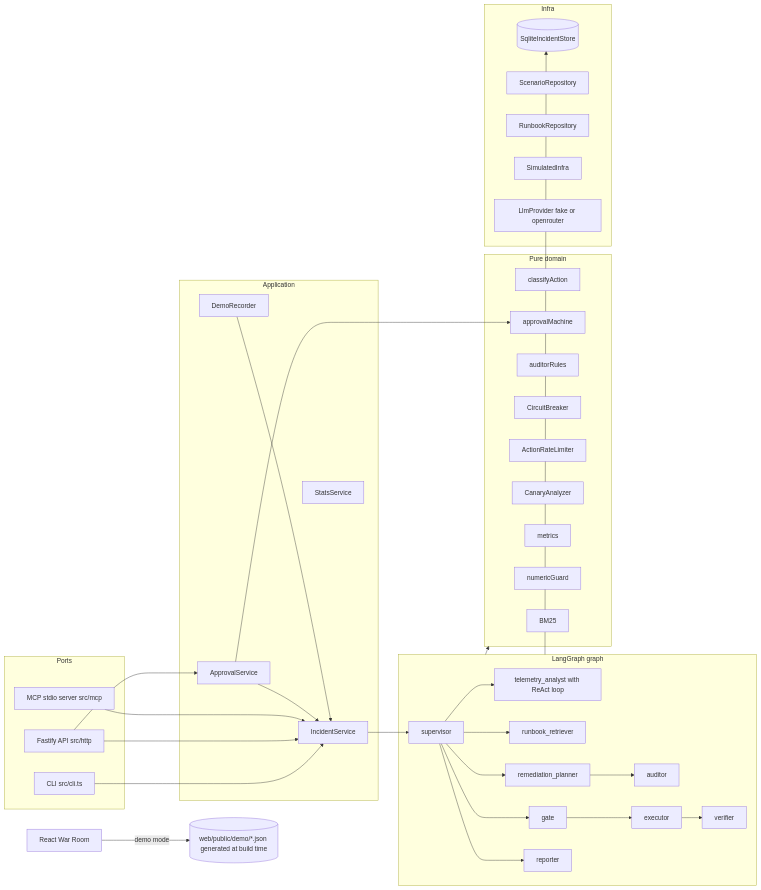
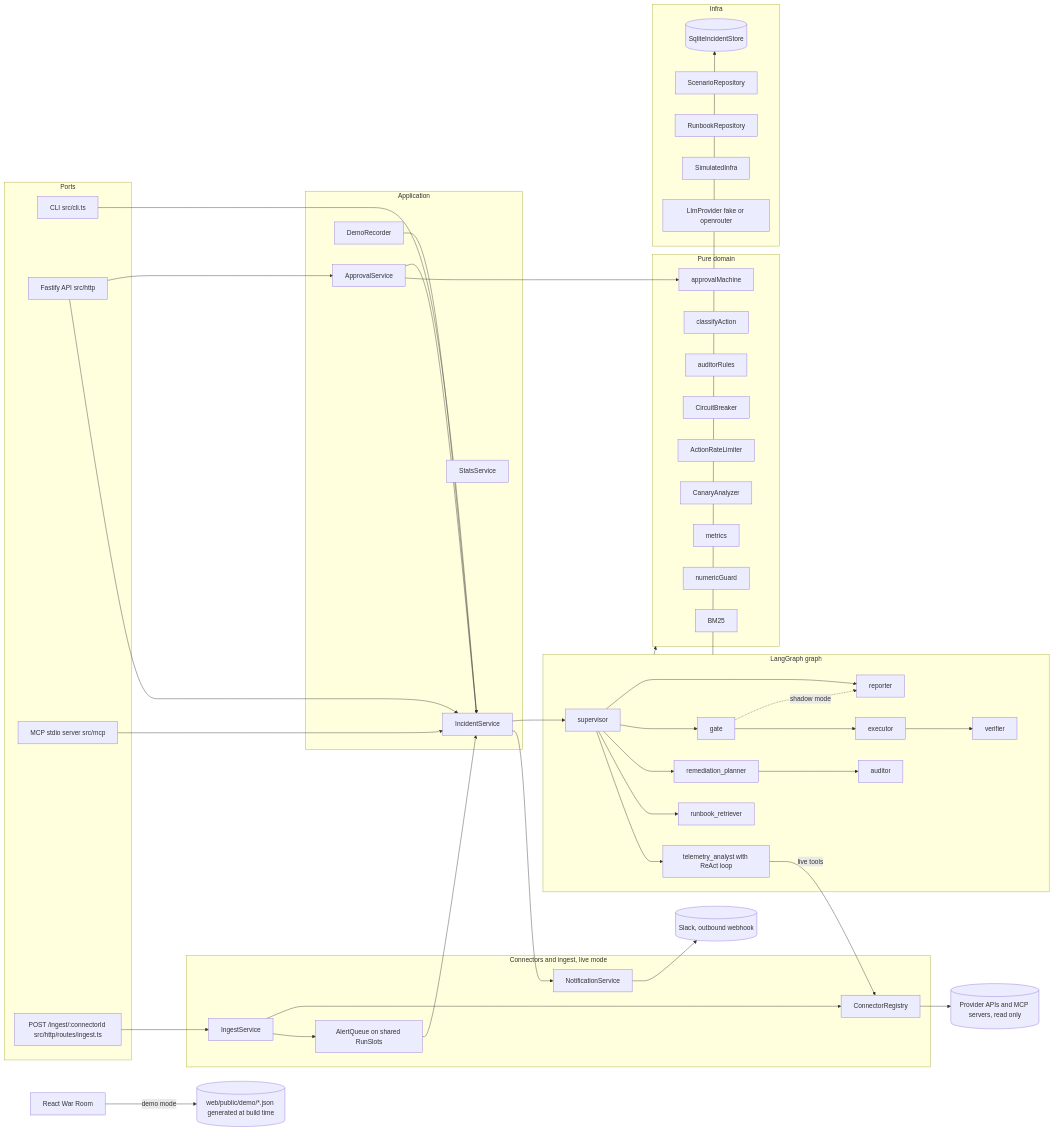
The first of 3 diagrams in docs/architecture.md (flaviorg/incident-copilot), drawn with Mermaid before and after one commit. The commit also changed other lines of this file and 226 other files, not shown here.

First line of the commit message:
Release 0.4.0: generic connectors (New Relic, Sentry, Bugsnag, Alertmanager, webhook, MCP) and live shadow mode (#3)

````diff
--- a/docs/architecture.md
+++ b/docs/architecture.md
@@ -16,51 +16,65 @@
 ```mermaid
 flowchart LR
   subgraph PORTAS [Ports]
     CLI["CLI src/cli.ts"]
     API["Fastify API src/http"]
     MCP["MCP stdio server src/mcp"]
+    ING["POST /ingest/:connectorId src/http/routes/ingest.ts"]
+  end
+  subgraph CONN [Connectors and ingest, live mode]
+    ISV[IngestService]
+    AQ[AlertQueue on shared RunSlots]
+    NS[NotificationService]
+    CR[ConnectorRegistry]
   end
   subgraph APP [Application]
     IS[IncidentService]
     AS[ApprovalService]
     SS[StatsService]
     DR[DemoRecorder]
   end
   subgraph GRAFO [LangGraph graph]
     SUP[supervisor] --> TEL[telemetry_analyst with ReAct loop]
     SUP --> RB[runbook_retriever]
     SUP --> PL[remediation_planner] --> AU[auditor]
     SUP --> GT[gate]
     GT --> EX[executor] --> VE[verifier]
     SUP --> RP[reporter]
+    GT -. shadow mode .-> RP
   end
   subgraph DOMINIO [Pure domain]
     CL[classifyAction]
     AM[approvalMachine]
     AR[auditorRules]
     CB[CircuitBreaker]
     RL[ActionRateLimiter]
     CA[CanaryAnalyzer]
     MT[metrics]
     NG[numericGuard]
     BM[BM25]
   end
   subgraph INFRA [Infra]
     ST[(SqliteIncidentStore)]
     SC[ScenarioRepository]
     RR[RunbookRepository]
     SI[SimulatedInfra]
     LLM[LlmProvider fake or openrouter]
   end
   CLI --> IS
   API --> IS
+  ING --> ISV --> AQ --> IS
+  ISV --> CR
+  IS --> NS
+  TEL -- live tools --> CR
+  CR --> PROV[("Provider APIs and MCP servers, read only")]
+  NS --> OUT[("Slack, outbound webhook")]
   API --> AS
   MCP --> IS
   IS --> SUP
   AS --> AM
   AS --> IS
   GRAFO --> ST
   GRAFO --> DOMINIO
   DR --> IS
   WR[React War Room] -- demo mode --> JSON[("web/public/demo/*.json generated at build time")]
 ```
````
